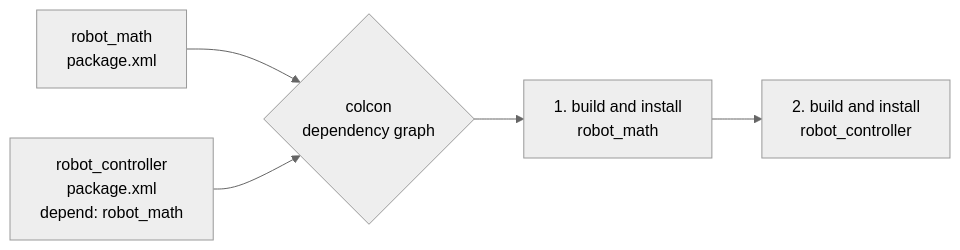
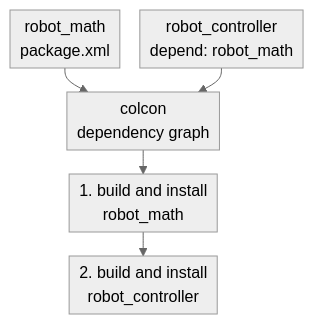
One commit to PouceHeure/blog changed the first of 3 diagrams in content/blog/ros2-build-system.md. Above: the diagram before and after it, drawn with Mermaid (neutral theme). The commit also changed other lines of this file and 1 other file, not shown here.

First line of the commit message:
Article colcon/ament: diagrammes Mermaid compacts, correctifs mobile

```diff
--- a/content/blog/ros2-build-system.md
+++ b/content/blog/ros2-build-system.md
@@ -116,7 +116,8 @@
 {{< mermaid caption="From <code>package.xml</code> files to a build order." >}}
-flowchart LR
-  A["robot_math<br/>package.xml"] --> G{"colcon<br/>dependency graph"}
-  B["robot_controller<br/>package.xml<br/>depend: robot_math"] --> G
+%%{init: {"flowchart": {"rankSpacing": 24, "nodeSpacing": 20, "padding": 5}}}%%
+flowchart TB
+  A["robot_math<br/>package.xml"] --> G["colcon<br/>dependency graph"]
+  B["robot_controller<br/>depend: robot_math"] --> G
   G --> S1["1. build and install<br/>robot_math"]
   S1 --> S2["2. build and install<br/>robot_controller"]
 {{< /mermaid >}}
```
